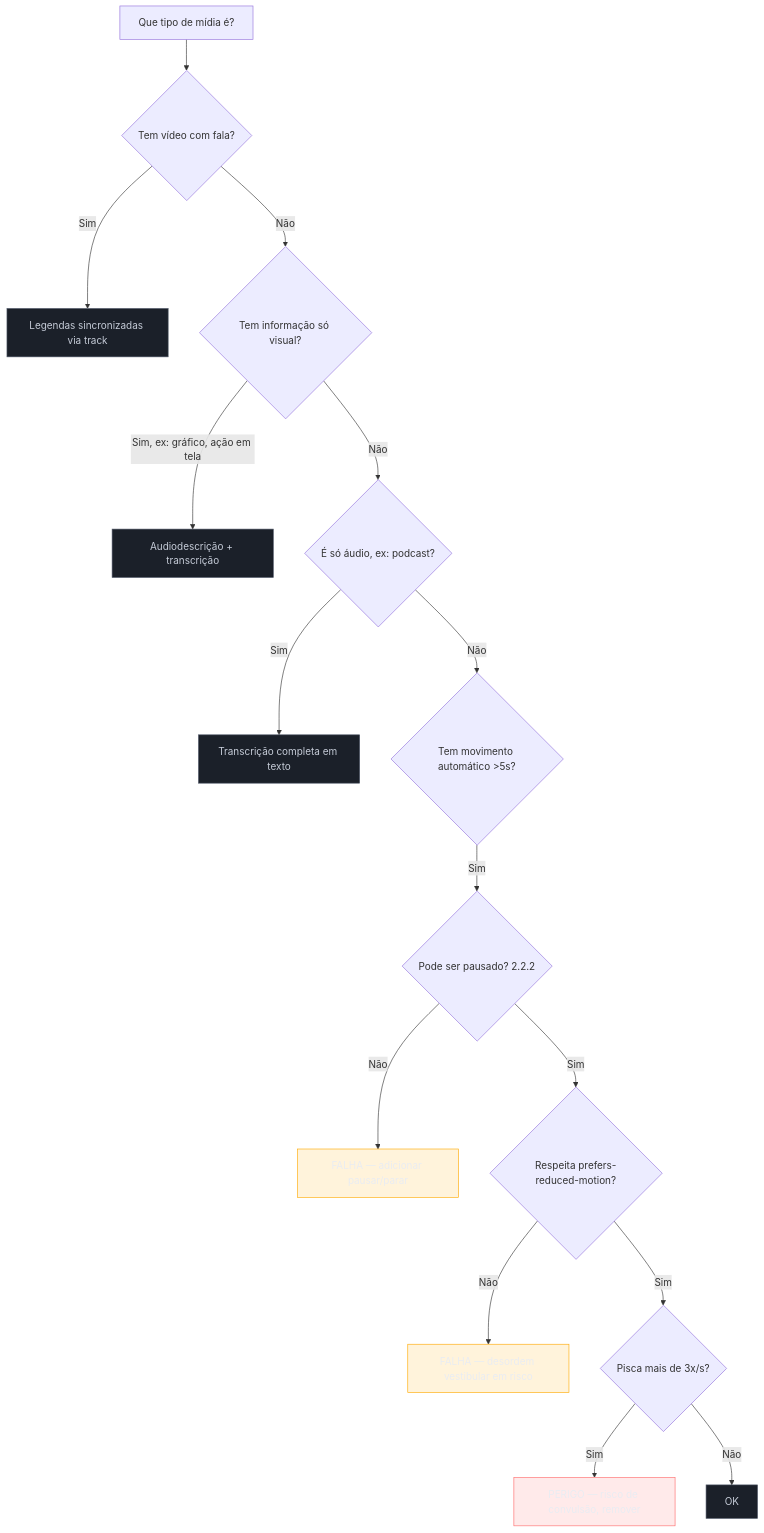
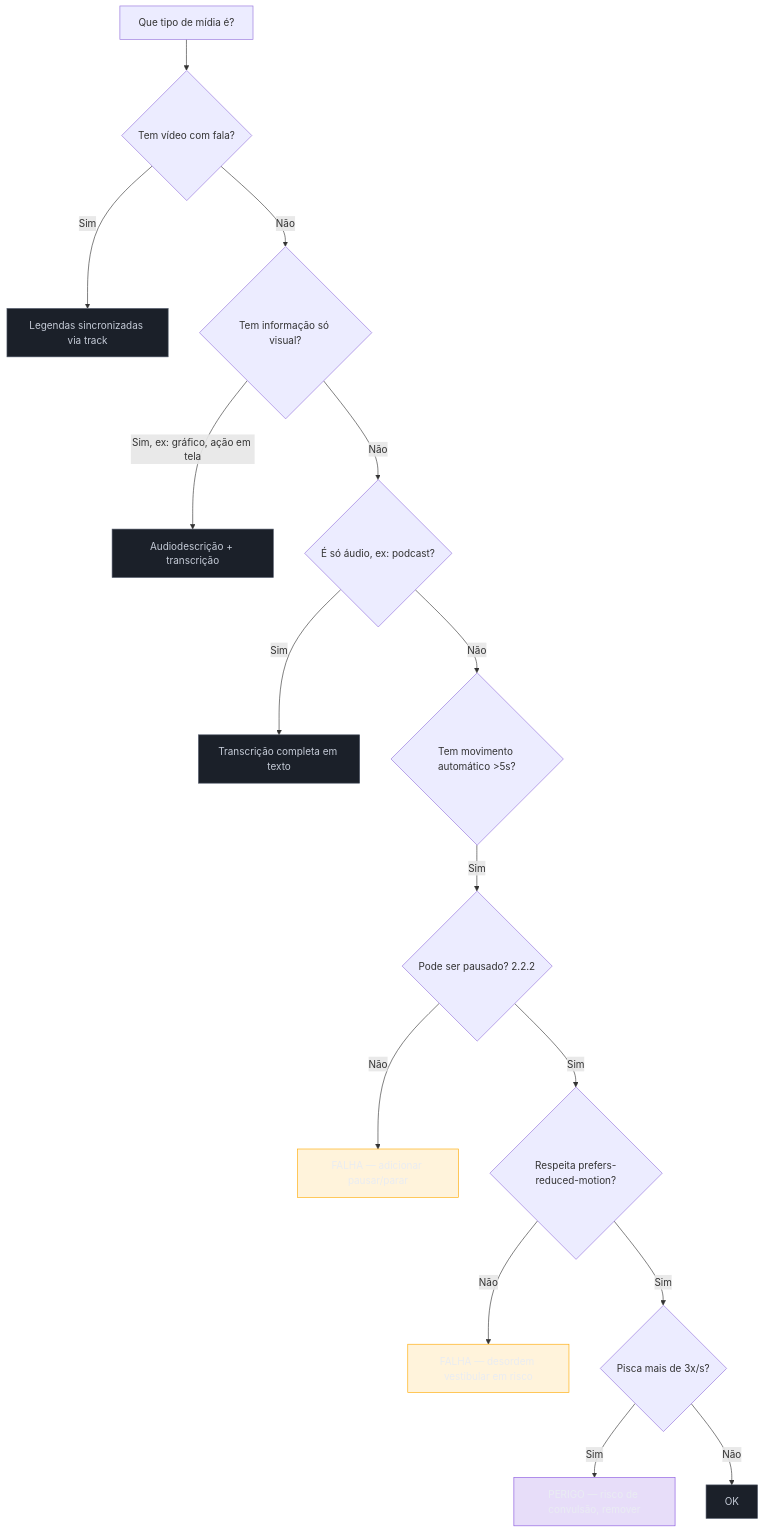
The diagram in 03-Dominios/Tecnologia/Acessibilidade/Construir Acessível/12 - Mídia e movimento.md (josenaldo/codex-technomanticus), drawn with Mermaid before and after one commit. The commit also changed 601 other files, not shown here.

````diff
--- a/03-Dominios/Tecnologia/Acessibilidade/Construir Acessível/12 - Mídia e movimento.md
+++ b/03-Dominios/Tecnologia/Acessibilidade/Construir Acessível/12 - Mídia e movimento.md
@@ -107,28 +107,28 @@
 ```mermaid
 flowchart TD
+    classDef marca fill:#8855DF33,stroke:#8855DF,color:#E9ECF2
     classDef neutro fill:#1B2029,stroke:#4E5666,color:#C6CCD8
     classDef destaque fill:#FFAA0024,stroke:#FFAA00,color:#E9ECF2
-    classDef falha fill:#FF6B6B24,stroke:#FF6B6B,color:#E9ECF2
     A[Que tipo de mídia é?] --> B{Tem vídeo com fala?}
     B -->|Sim| C[Legendas sincronizadas via track]
     B -->|Não| D{Tem informação só visual?}
     D -->|Sim, ex: gráfico, ação em tela| E[Audiodescrição + transcrição]
     D -->|Não| F{É só áudio, ex: podcast?}
     F -->|Sim| G[Transcrição completa em texto]
     F -->|Não| H{Tem movimento automático >5s?}
     H -->|Sim| I{Pode ser pausado? 2.2.2}
     I -->|Não| J[FALHA — adicionar pausar/parar]
     I -->|Sim| K{Respeita prefers-reduced-motion?}
     K -->|Não| L[FALHA — desordem vestibular em risco]
     K -->|Sim| M{Pisca mais de 3x/s?}
     M -->|Sim| N[PERIGO — risco de convulsão, remover]
     M -->|Não| O[OK]
 
     class C neutro
     class E neutro
     class G neutro
     class O neutro
     class J destaque
     class L destaque
-    class N falha
+    class N marca
 ```
````
